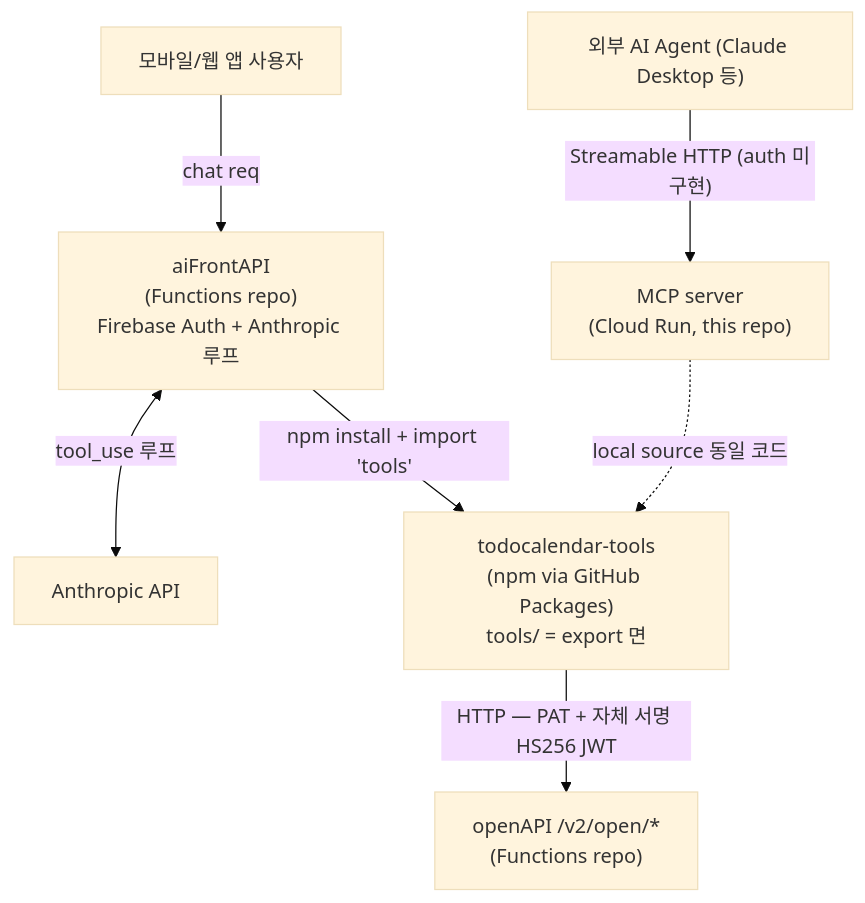
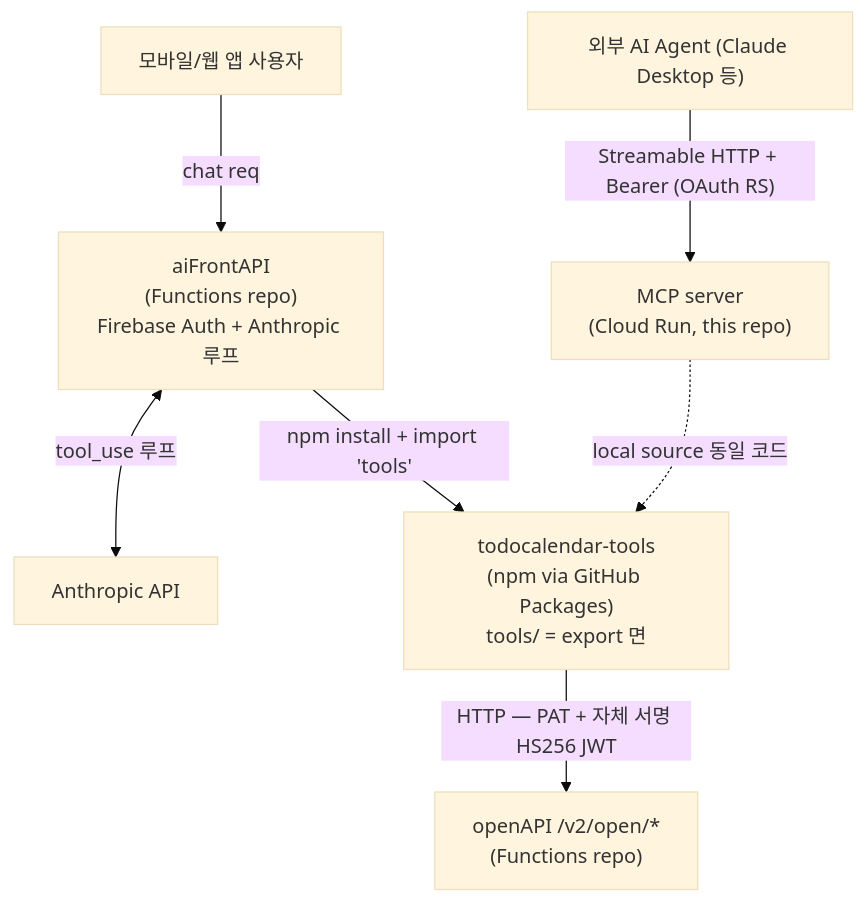
The diagram in CLAUDE.md (sudopark/TodoCalendar-mcp), drawn with Mermaid (base theme) before and after one commit. The commit also changed other lines of this file, not shown here.

First line of the commit message:
CLAUDE.md — 구현 상태·OAuth·CI 결정·env·cross-repo 트랙 정정

````diff
--- a/CLAUDE.md
+++ b/CLAUDE.md
@@ -20,19 +20,19 @@
 ```mermaid
 flowchart TB
     ExtUser["모바일/웹 앱 사용자"]
     ExtAgent["외부 AI Agent (Claude Desktop 등)"]
     AiFront["aiFrontAPI<br/>(Functions repo)<br/>Firebase Auth + Anthropic 루프"]
     OpenAPI["openAPI /v2/open/*<br/>(Functions repo)"]
     Lib["todocalendar-tools<br/>(npm via GitHub Packages)<br/>tools/ = export 면"]
     MCPServer["MCP server<br/>(Cloud Run, this repo)"]
     Anthropic["Anthropic API"]
 
     ExtUser -->|chat req| AiFront
     AiFront <-->|tool_use 루프| Anthropic
     AiFront -->|"npm install + import 'tools'"| Lib
 
-    ExtAgent -->|"Streamable HTTP (auth 미구현)"| MCPServer
+    ExtAgent -->|"Streamable HTTP + Bearer (OAuth RS)"| MCPServer
     MCPServer -.->|local source 동일 코드| Lib
 
     Lib -->|"HTTP — PAT + 자체 서명 HS256 JWT"| OpenAPI
 ```
````
